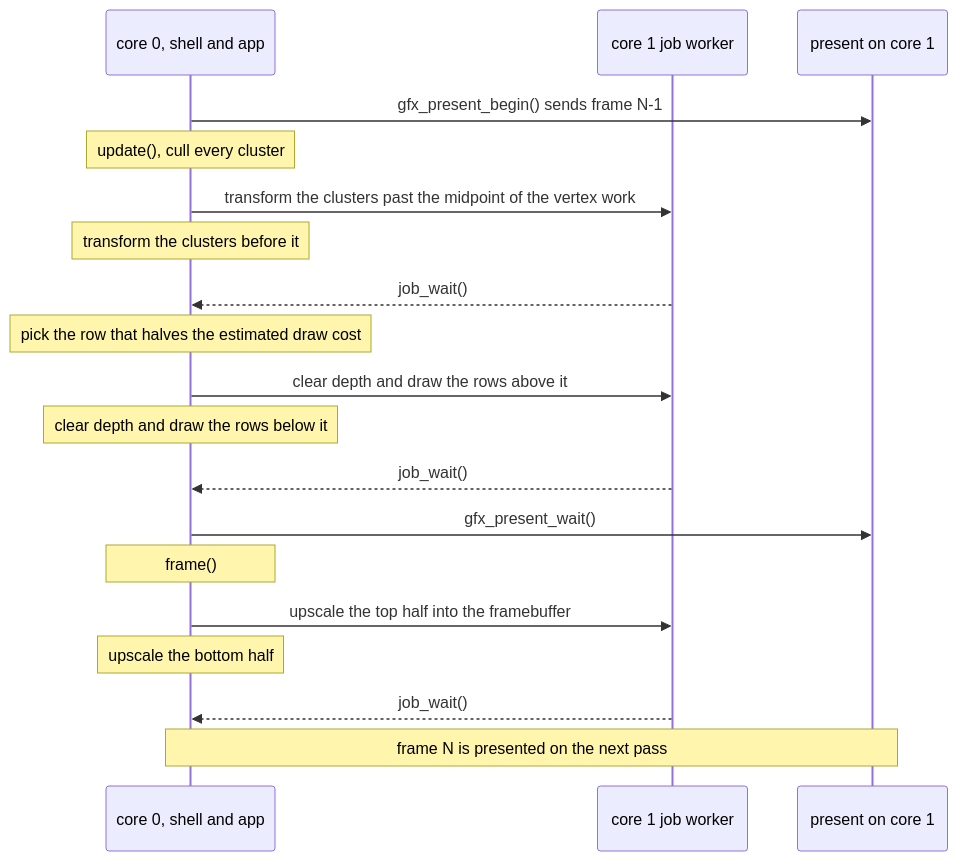
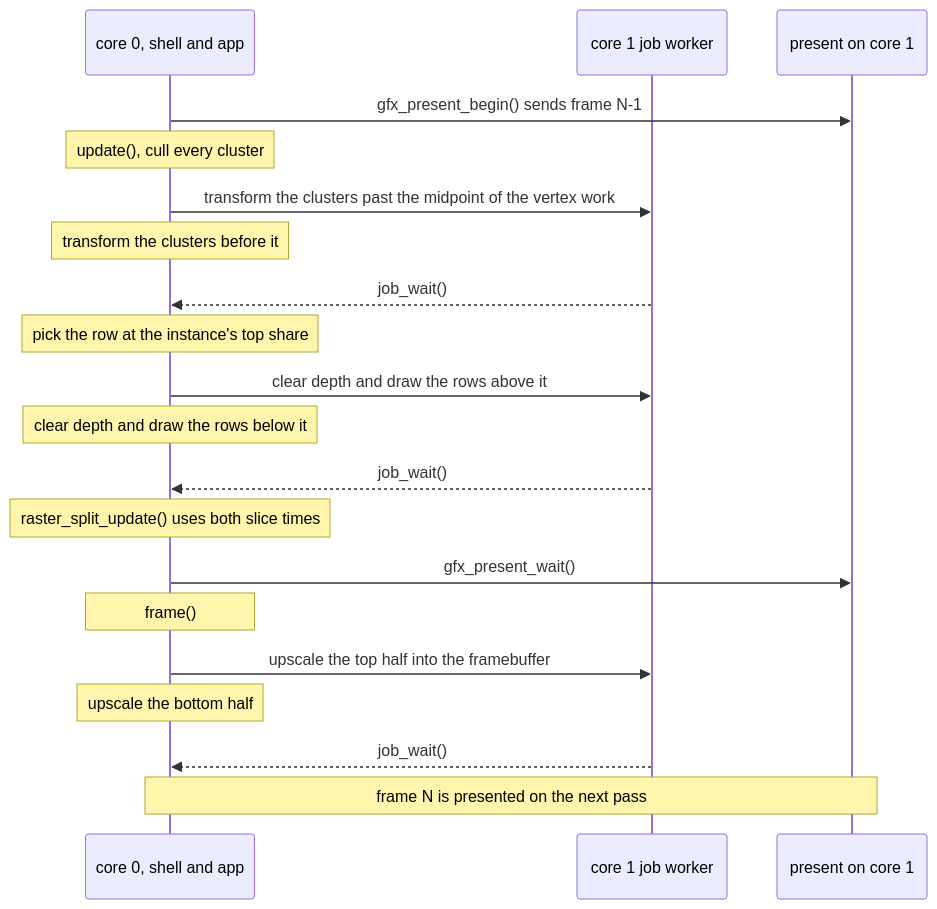
Before and after one commit to jose-villegas/autana: the second of 4 diagrams in docs/render/Mesh-Rendering.md, drawn with Mermaid. The commit also changed other lines of this file and 21 other files, not shown here.

````diff
--- a/docs/render/Mesh-Rendering.md
+++ b/docs/render/Mesh-Rendering.md
@@ -166,21 +166,22 @@
 ```mermaid
 sequenceDiagram
     participant C0 as core 0, shell and app
     participant J as core 1 job worker
     participant P as present on core 1
     C0->>P: gfx_present_begin() sends frame N-1
     Note over C0: update(), cull every cluster
     C0->>J: transform the clusters past the midpoint of the vertex work
     Note over C0: transform the clusters before it
     J-->>C0: job_wait()
-    Note over C0: pick the row that halves the estimated draw cost
+    Note over C0: pick the row at the instance's top share
     C0->>J: clear depth and draw the rows above it
     Note over C0: clear depth and draw the rows below it
     J-->>C0: job_wait()
+    Note over C0: raster_split_update() uses both slice times
     C0->>P: gfx_present_wait()
     Note over C0: frame()
     C0->>J: upscale the top half into the framebuffer
     Note over C0: upscale the bottom half
     J-->>C0: job_wait()
     Note over C0,P: frame N is presented on the next pass
 ```
````
